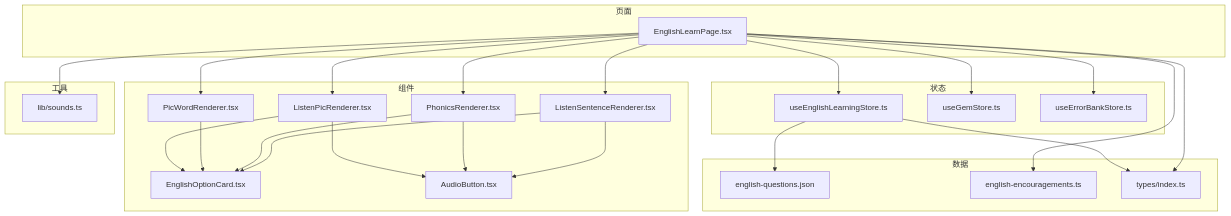
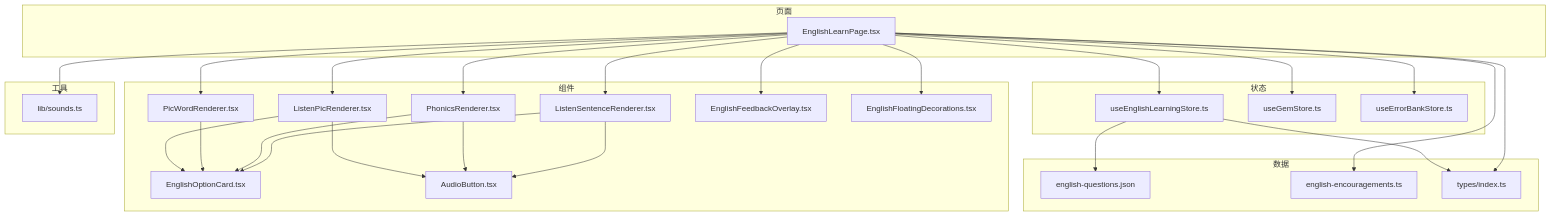
The first of 7 diagrams in .qoder/repowiki/zh/content/功能组件详解/英语学习模块.md (wudeng2005/rainbow-learning), drawn with Mermaid before and after one commit. The commit also changed other lines of this file and 23 other files, not shown here.

````diff
--- a/.qoder/repowiki/zh/content/功能组件详解/英语学习模块.md
+++ b/.qoder/repowiki/zh/content/功能组件详解/英语学习模块.md
@@ -43,46 +53,50 @@
 ```mermaid
 graph TB
 subgraph "页面"
 EL["EnglishLearnPage.tsx"]
 end
 subgraph "组件"
 LP["ListenPicRenderer.tsx"]
 PW["PicWordRenderer.tsx"]
 PH["PhonicsRenderer.tsx"]
 LS["ListenSentenceRenderer.tsx"]
 OC["EnglishOptionCard.tsx"]
 AB["AudioButton.tsx"]
+EFO["EnglishFeedbackOverlay.tsx"]
+EFD["EnglishFloatingDecorations.tsx"]
 end
 subgraph "状态"
 ES["useEnglishLearningStore.ts"]
 GS["useGemStore.ts"]
 EBS["useErrorBankStore.ts"]
 end
 subgraph "数据"
 EQ["english-questions.json"]
 ENC["english-encouragements.ts"]
 TYP["types/index.ts"]
 end
 subgraph "工具"
 SND["lib/sounds.ts"]
 end
 EL --> ES
 EL --> GS
 EL --> EBS
 EL --> LP
 EL --> PW
 EL --> PH
 EL --> LS
+EL --> EFO
+EL --> EFD
 LP --> OC
 PW --> OC
 PH --> OC
 LS --> OC
 LP --> AB
 PH --> AB
 LS --> AB
 EL --> ENC
 ES --> EQ
 ES --> TYP
 EL --> TYP
 EL --> SND
 ```
````
